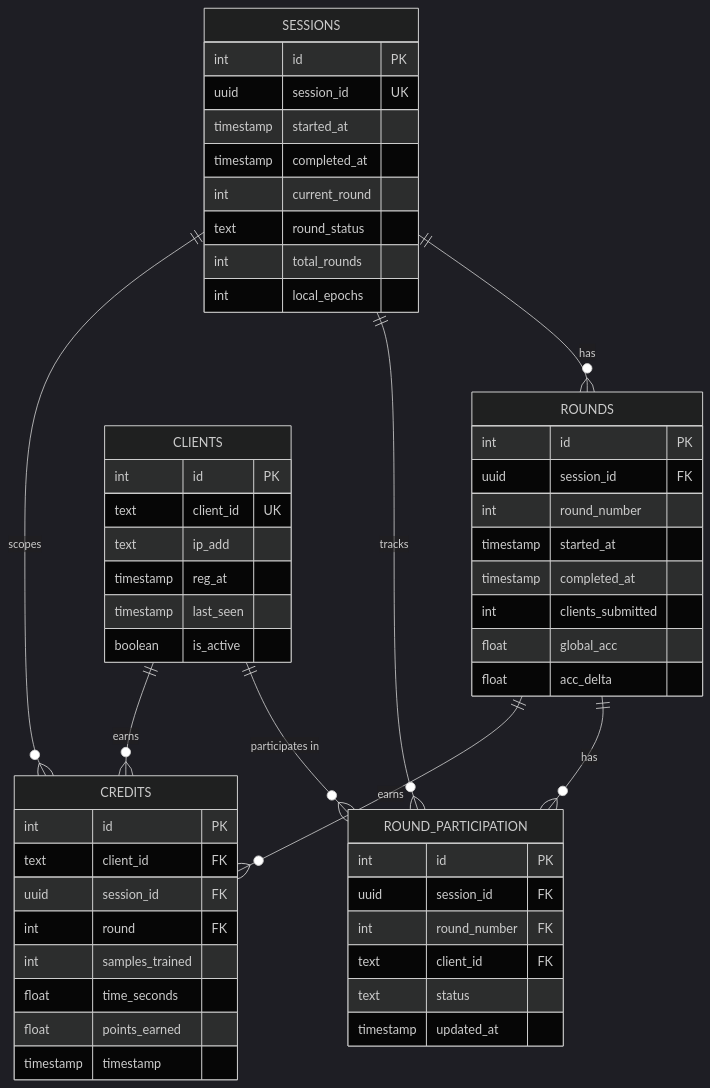
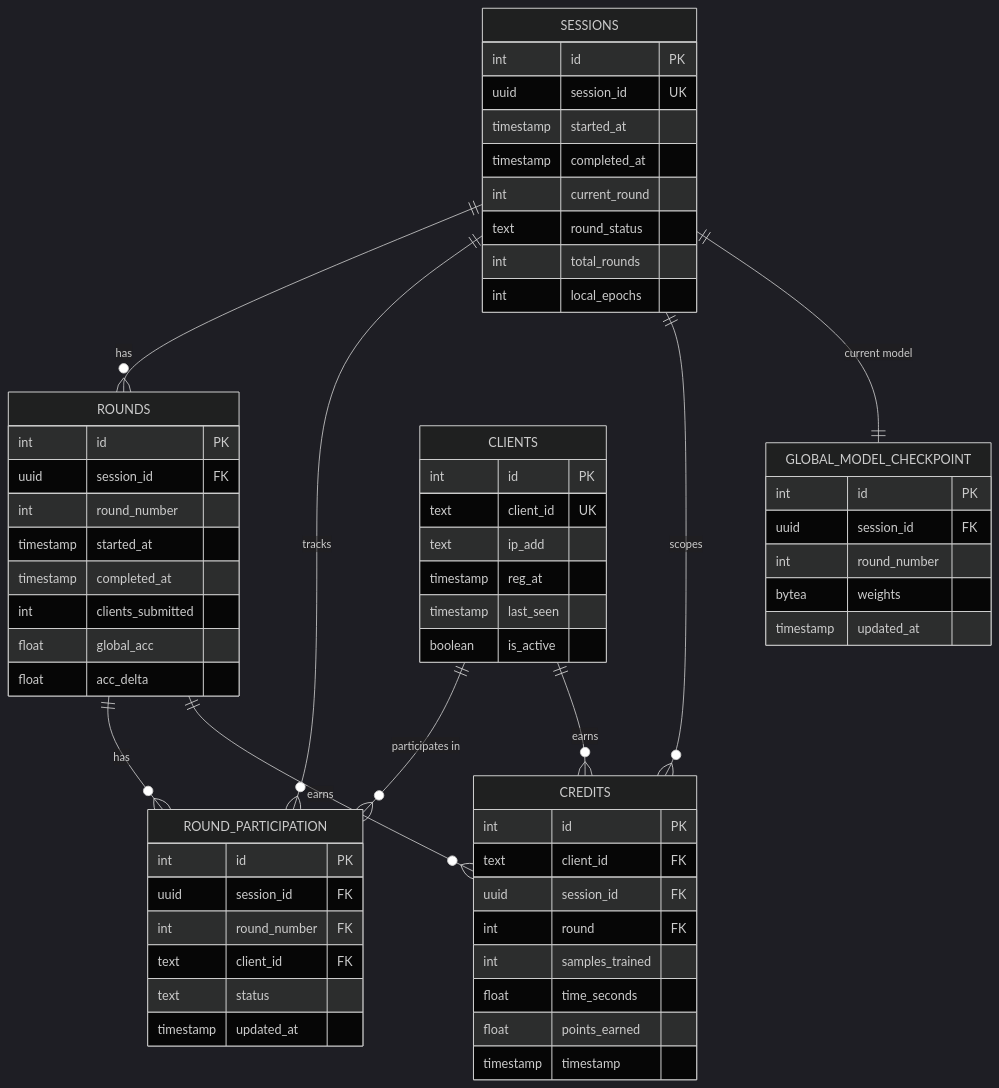
One commit to BhoomikaSalunke/Net-Neutral-AI changed the diagram in docs/backend_schema.md. Above: the diagram before and after it, drawn with Mermaid (dark theme). The commit also changed other lines of this file, not shown here.

Commit message:
backend_schema.md change slightly

````diff
--- a/docs/backend_schema.md
+++ b/docs/backend_schema.md
@@ -9,61 +11,70 @@
 ```mermaid
 erDiagram
     SESSIONS ||--o{ ROUNDS : "has"
     SESSIONS ||--o{ ROUND_PARTICIPATION : "tracks"
     SESSIONS ||--o{ CREDITS : "scopes"
+    SESSIONS ||--|| GLOBAL_MODEL_CHECKPOINT : "current model"
     ROUNDS ||--o{ ROUND_PARTICIPATION : "has"
     ROUNDS ||--o{ CREDITS : "earns"
     CLIENTS ||--o{ ROUND_PARTICIPATION : "participates in"
     CLIENTS ||--o{ CREDITS : "earns"
 
     SESSIONS {
         int id PK
         uuid session_id UK
         timestamp started_at
         timestamp completed_at
         int current_round
         text round_status
         int total_rounds
         int local_epochs
     }
 
     CLIENTS {
         int id PK
         text client_id UK
         text ip_add
         timestamp reg_at
         timestamp last_seen
         boolean is_active
     }
 
     ROUNDS {
         int id PK
         uuid session_id FK
         int round_number
         timestamp started_at
         timestamp completed_at
         int clients_submitted
         float global_acc
         float acc_delta
     }
 
     ROUND_PARTICIPATION {
         int id PK
         uuid session_id FK
         int round_number FK
         text client_id FK
         text status
         timestamp updated_at
     }
 
     CREDITS {
         int id PK
         text client_id FK
         uuid session_id FK
         int round FK
         int samples_trained
         float time_seconds
         float points_earned
         timestamp timestamp
     }
+
+    GLOBAL_MODEL_CHECKPOINT {
+        int id PK
+        uuid session_id FK
+        int round_number
+        bytea weights
+        timestamp updated_at
+    }
 ```
````
